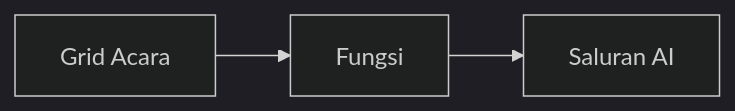
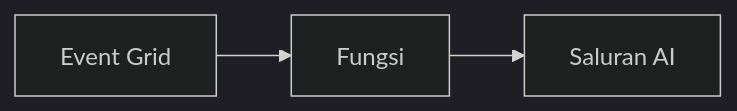
One commit to microsoft/AZD-for-beginners changed the second of 2 diagrams in translations/ms/docs/chapter-08-production/README.md. Above: the diagram before and after it, drawn with Mermaid (dark theme). The commit also changed other lines of this file and 104 other files, not shown here.

````diff
--- a/translations/ms/docs/chapter-08-production/README.md
+++ b/translations/ms/docs/chapter-08-production/README.md
@@ -56,4 +57,4 @@
 ```mermaid
 graph LR
-    EventGrid[Grid Acara] --> Functions[Fungsi] --> Pipeline[Saluran AI]
+    EventGrid[Event Grid] --> Functions[Fungsi] --> Pipeline[Saluran AI]
 ```
````
